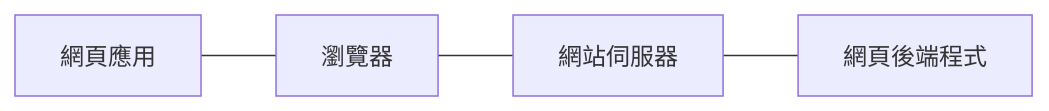
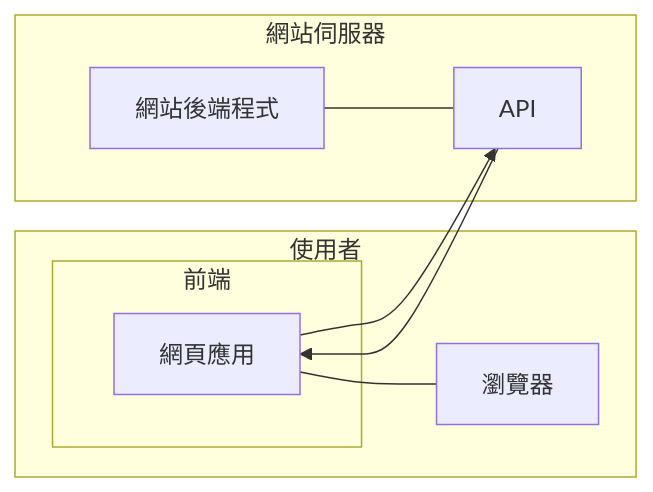
Before and after one commit to gasolin/learndapp: the first of 3 diagrams in what-is-dapp.md, drawn with Mermaid. The commit also changed other lines of this file and 3 other files, not shown here.

```diff
--- a/what-is-dapp.md
+++ b/what-is-dapp.md
@@ -5,6 +7,19 @@
 {% mermaid %}
 graph LR
+
+subgraph 使用者
+瀏覽器
+
+subgraph 前端
+網頁應用
+end
+end
+
+subgraph 網站伺服器
+網站後端程式 --- API
+end
+
 網頁應用 --- 瀏覽器
-瀏覽器 --- 網站伺服器
-網站伺服器 --- 網頁後端程式
+API --> 網頁應用
+網頁應用 --> API
 {% endmermaid %}
```
